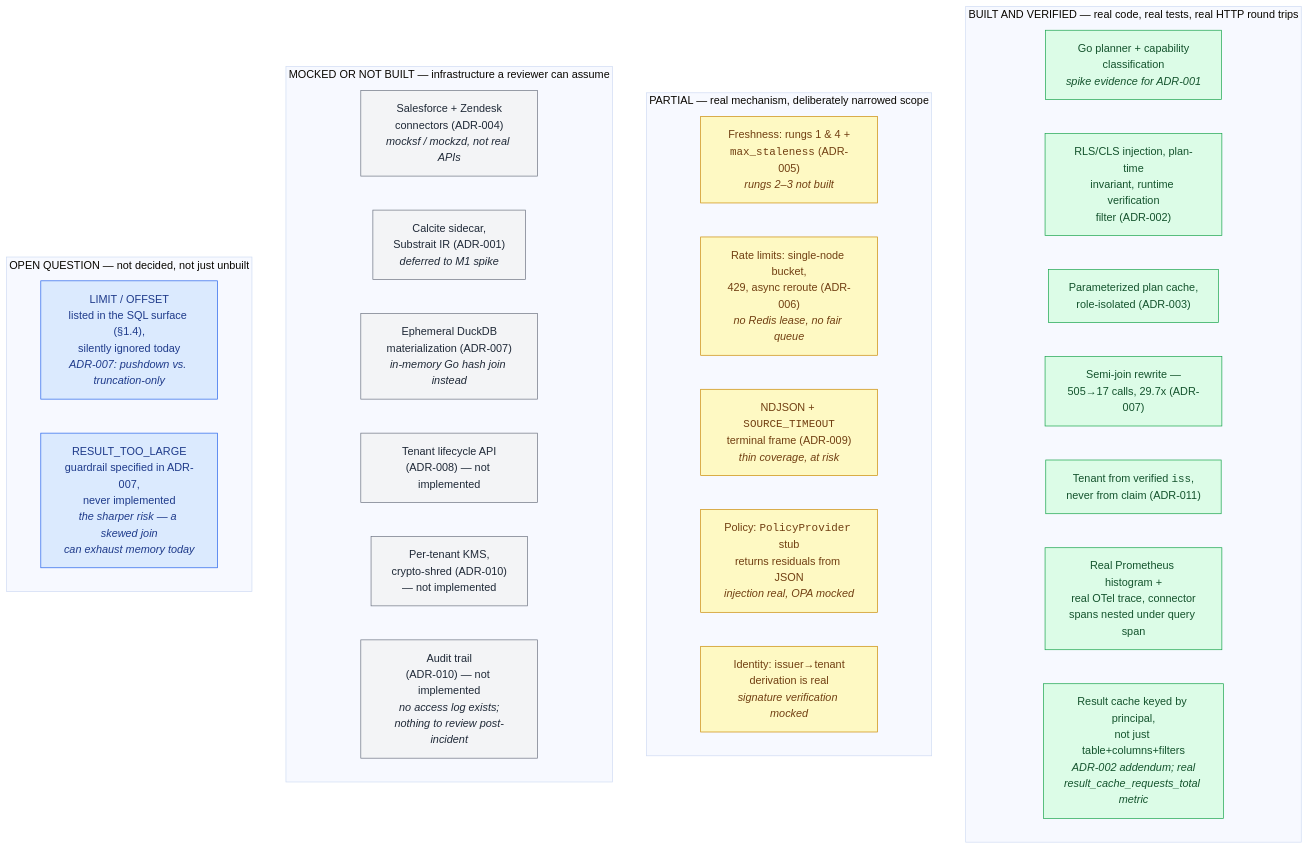
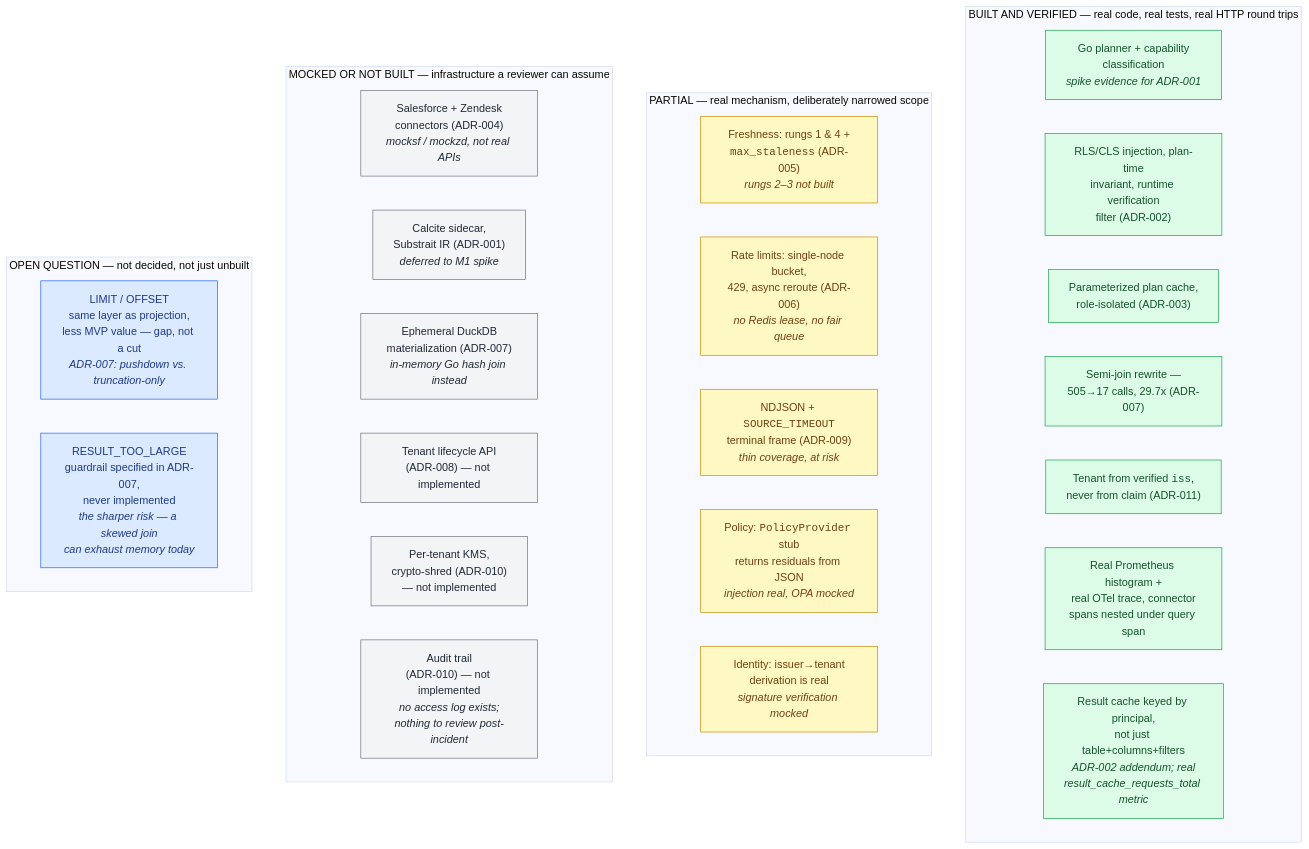
One commit to pradhanbv/emathp changed the diagram in README.md. Above: the diagram before and after it, drawn with Mermaid (base theme). The commit also changed other lines of this file and 7 other files, not shown here.

````diff
--- a/README.md
+++ b/README.md
@@ -48,47 +50,47 @@
 ```mermaid
 flowchart TB
     subgraph built["BUILT AND VERIFIED — real code, real tests, real HTTP round trips"]
         direction LR
         PLAN["Go planner + capability<br/>classification<br/><i>spike evidence for ADR-001</i>"]
         RLS["RLS/CLS injection, plan-time<br/>invariant, runtime verification<br/>filter (ADR-002)"]
         CACHE["Parameterized plan cache,<br/>role-isolated (ADR-003)"]
         JOIN["Semi-join rewrite —<br/>505→17 calls, 29.7x (ADR-007)"]
         TENANT["Tenant from verified <code>iss</code>,<br/>never from claim (ADR-011)"]
         OBS["Real Prometheus histogram +<br/>real OTel trace, connector<br/>spans nested under query span"]
         RCACHE["Result cache keyed by principal,<br/>not just table+columns+filters<br/><i>ADR-002 addendum; real<br/>result_cache_requests_total metric</i>"]
     end
 
     subgraph partial["PARTIAL — real mechanism, deliberately narrowed scope"]
         direction LR
         FRESH["Freshness: rungs 1 &amp; 4 +<br/><code>max_staleness</code> (ADR-005)<br/><i>rungs 2–3 not built</i>"]
         RATE["Rate limits: single-node bucket,<br/>429, async reroute (ADR-006)<br/><i>no Redis lease, no fair queue</i>"]
         STREAM["NDJSON + <code>SOURCE_TIMEOUT</code><br/>terminal frame (ADR-009)<br/><i>thin coverage, at risk</i>"]
         POLICY["Policy: <code>PolicyProvider</code> stub<br/>returns residuals from JSON<br/><i>injection real, OPA mocked</i>"]
         JWT["Identity: issuer→tenant<br/>derivation is real<br/><i>signature verification mocked</i>"]
     end
 
     subgraph mocked["MOCKED OR NOT BUILT — infrastructure a reviewer can assume"]
         direction LR
         CONN["Salesforce + Zendesk<br/>connectors (ADR-004)<br/><i>mocksf / mockzd, not real APIs</i>"]
         SIDECAR["Calcite sidecar,<br/>Substrait IR (ADR-001)<br/><i>deferred to M1 spike</i>"]
         DUCK["Ephemeral DuckDB<br/>materialization (ADR-007)<br/><i>in-memory Go hash join instead</i>"]
         LIFE["Tenant lifecycle API<br/>(ADR-008) — not implemented"]
         KMS["Per-tenant KMS,<br/>crypto-shred (ADR-010)<br/>— not implemented"]
         AUDIT["Audit trail<br/>(ADR-010) — not implemented<br/><i>no access log exists;<br/>nothing to review post-incident</i>"]
     end
 
     subgraph open["OPEN QUESTION — not decided, not just unbuilt"]
         direction LR
-        LIMITOFFSET["LIMIT / OFFSET<br/>listed in the SQL surface (§1.4),<br/>silently ignored today<br/><i>ADR-007: pushdown vs. truncation-only</i>"]
+        LIMITOFFSET["LIMIT / OFFSET<br/>same layer as projection,<br/>less MVP value — gap, not a cut<br/><i>ADR-007: pushdown vs. truncation-only</i>"]
         RTL["RESULT_TOO_LARGE<br/>guardrail specified in ADR-007,<br/>never implemented<br/><i>the sharper risk — a skewed join<br/>can exhaust memory today</i>"]
     end
 
     classDef builtStyle fill:#dcfce7,stroke:#16a34a,color:#14532d
     classDef partialStyle fill:#fef9c3,stroke:#ca8a04,color:#713f12
     classDef mockedStyle fill:#f3f4f6,stroke:#6b7280,color:#1f2937
     classDef openStyle fill:#dbeafe,stroke:#2563eb,color:#1e3a8a
     class PLAN,RLS,CACHE,JOIN,TENANT,OBS,RCACHE builtStyle
     class FRESH,RATE,STREAM,POLICY,JWT partialStyle
     class CONN,SIDECAR,DUCK,LIFE,KMS,AUDIT mockedStyle
     class LIMITOFFSET,RTL openStyle
 ```
````
